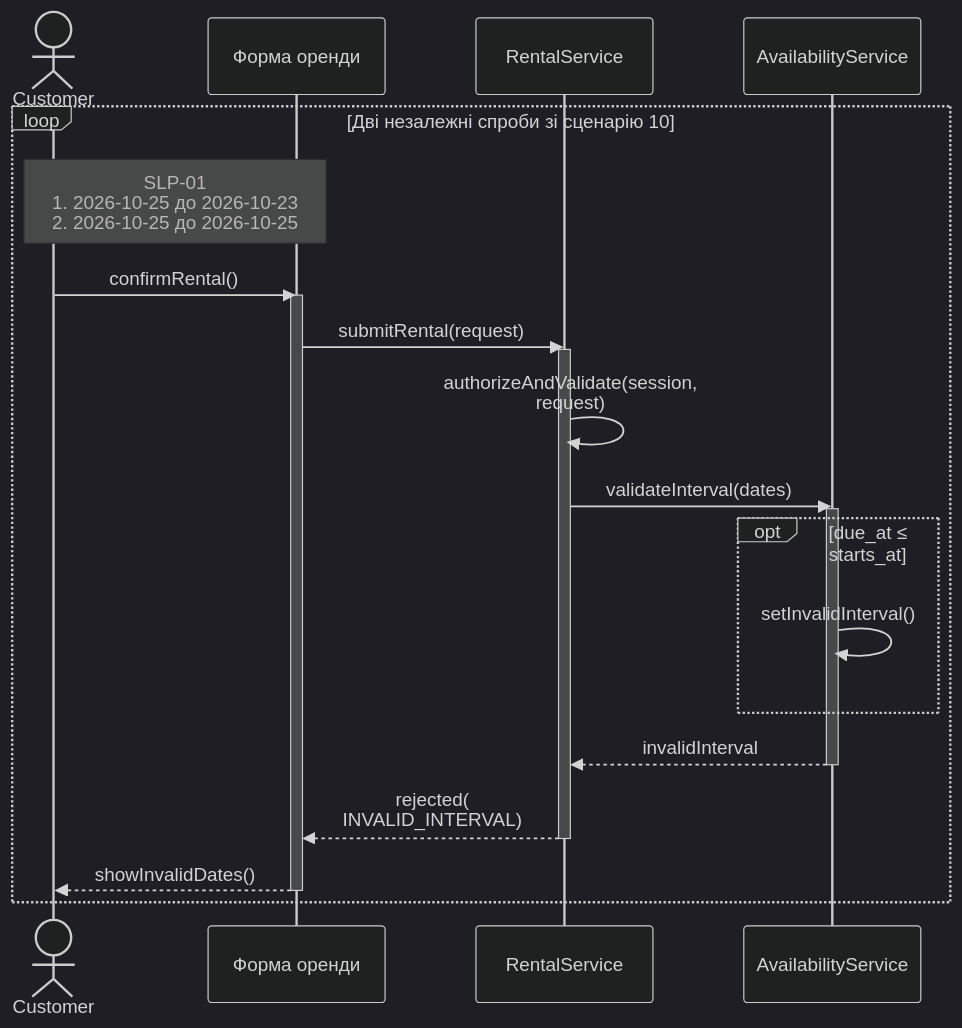
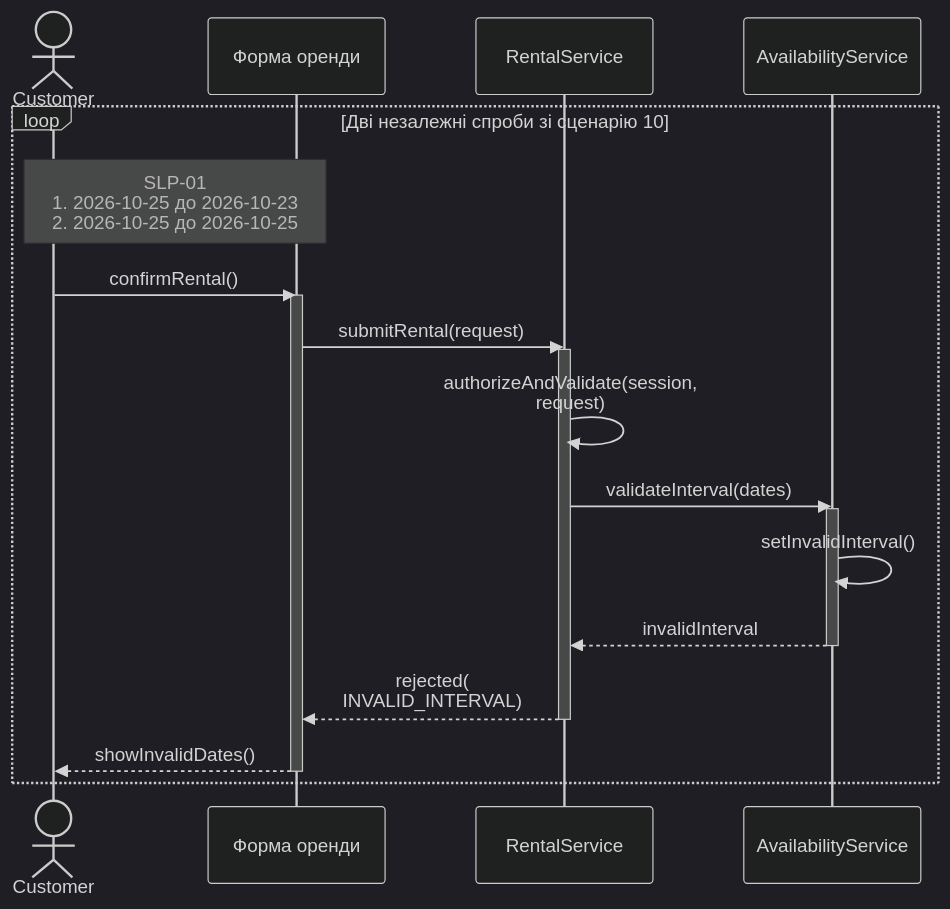
One commit to kirgafan/KPI_labs changed the fifth of 6 diagrams in Labs/lab-3/model.md. Above: the diagram before and after it, drawn with Mermaid (dark theme). The commit also changed other lines of this file and 3 other files, not shown here.

````diff
--- a/Labs/lab-3/model.md
+++ b/Labs/lab-3/model.md
@@ -242,26 +264,24 @@
 ```mermaid
 sequenceDiagram
     actor C as Customer
     participant U as Форма оренди
     participant R as RentalService
     participant A as AvailabilityService
     loop Дві незалежні спроби зі сценарію 10
         Note over C,U: SLP-01<br/>1. 2026-10-25 до 2026-10-23<br/>2. 2026-10-25 до 2026-10-25
         C->>U: confirmRental()
         activate U
         U->>R: submitRental(request)
         activate R
         R->>R: authorizeAndValidate(session,<br/>request)
         R->>A: validateInterval(dates)
         activate A
-        opt due_at ≤ starts_at
-            A->>A: setInvalidInterval()
-        end
+        A->>A: setInvalidInterval()
         A-->>R: invalidInterval
         deactivate A
         R-->>U: rejected(<br/>INVALID_INTERVAL)
         deactivate R
         U-->>C: showInvalidDates()
         deactivate U
     end
 ```
````
